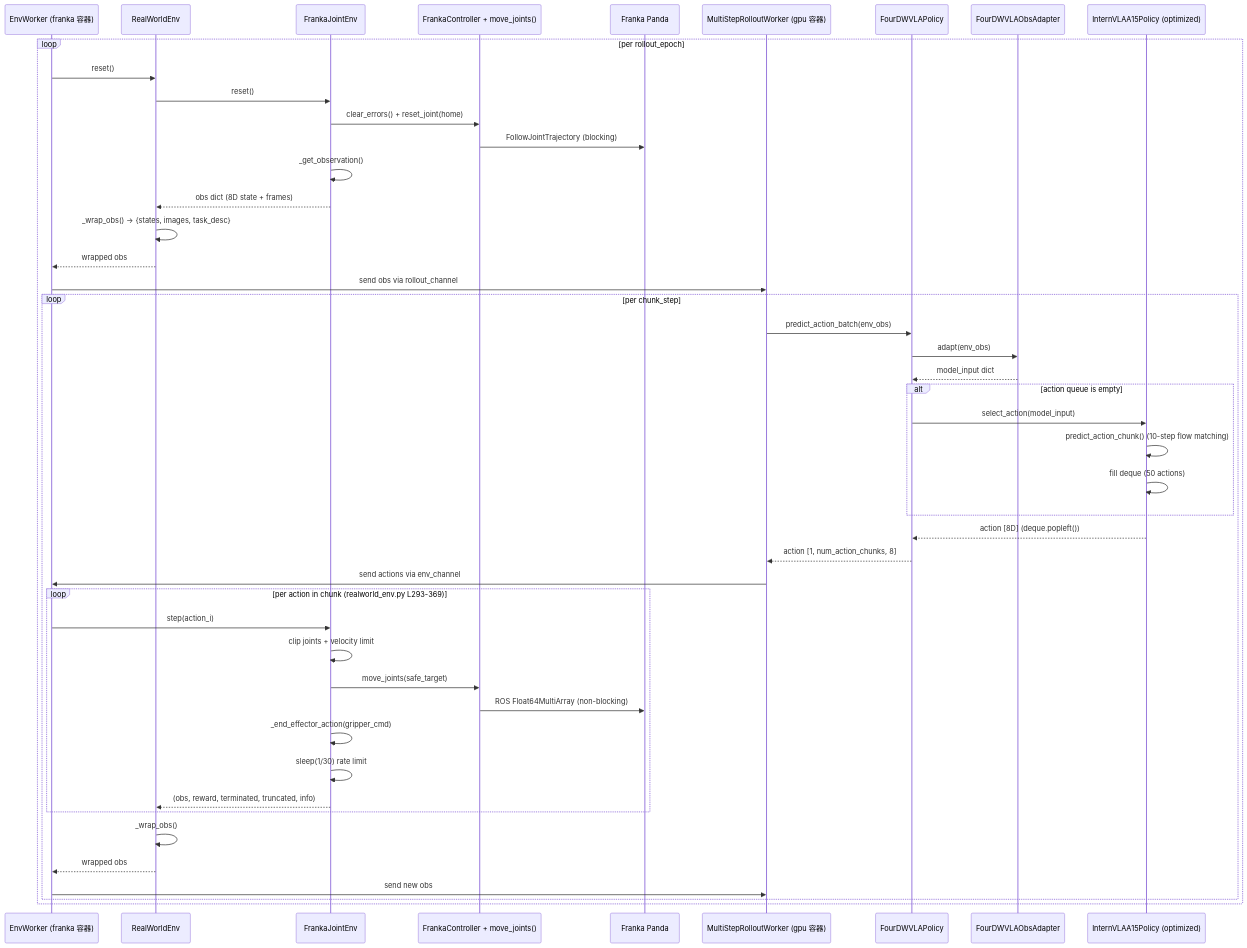
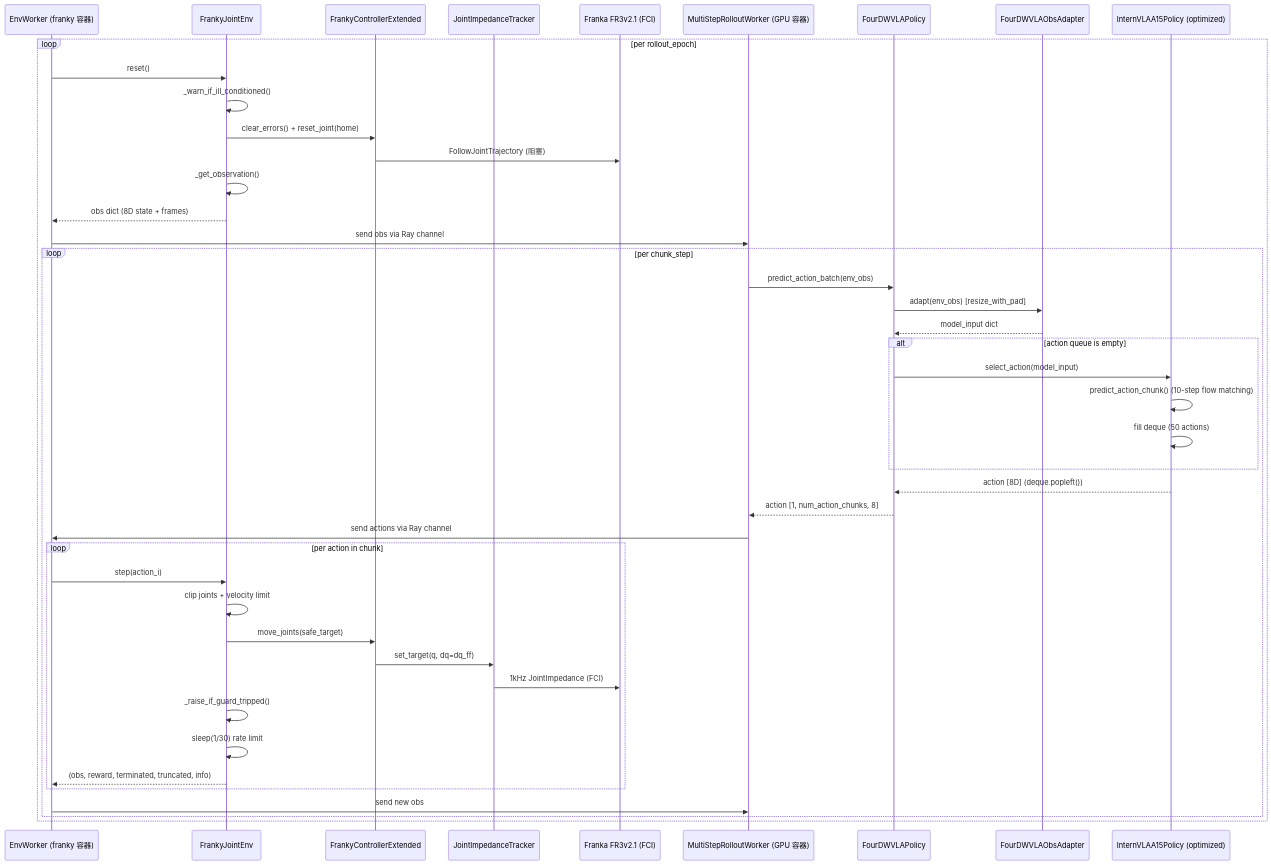
One commit to Avant-US/RLinf changed the eighth of 14 diagrams in b/d/frk1/4wvla_rlinf_eval_2.md. Above: the diagram before and after it, drawn with Mermaid. The commit also changed other lines of this file and 14 other files, not shown here.

````diff
--- a/b/d/frk1/4wvla_rlinf_eval_2.md
+++ b/b/d/frk1/4wvla_rlinf_eval_2.md
@@ -1397,55 +1495,51 @@
 ```mermaid
 sequenceDiagram
-    participant EnvW as EnvWorker (franka 容器)
-    participant RealW as RealWorldEnv
-    participant JointE as FrankaJointEnv
-    participant Ctrl as FrankaController + move_joints()
-    participant Robot as Franka Panda
-    participant RollW as MultiStepRolloutWorker (gpu 容器)
+    participant EnvW as EnvWorker (franky 容器)
+    participant JointE as FrankyJointEnv
+    participant Ctrl as FrankyControllerExtended
+    participant Tracker as JointImpedanceTracker
+    participant Robot as Franka FR3v2.1 (FCI)
+    participant RollW as MultiStepRolloutWorker (GPU 容器)
     participant Policy as FourDWVLAPolicy
     participant Adapter as FourDWVLAObsAdapter
     participant Model as InternVLAA15Policy (optimized)
 
     loop per rollout_epoch
-        EnvW->>RealW: reset()
-        RealW->>JointE: reset()
+        EnvW->>JointE: reset()
+        JointE->>JointE: _warn_if_ill_conditioned()
         JointE->>Ctrl: clear_errors() + reset_joint(home)
-        Ctrl->>Robot: FollowJointTrajectory (blocking)
+        Ctrl->>Robot: FollowJointTrajectory (阻塞)
         JointE->>JointE: _get_observation()
-        JointE-->>RealW: obs dict (8D state + frames)
-        RealW->>RealW: _wrap_obs() -> {states, images, task_desc}
-        RealW-->>EnvW: wrapped obs
-
-        EnvW->>RollW: send obs via rollout_channel
+        JointE-->>EnvW: obs dict (8D state + frames)
+        EnvW->>RollW: send obs via Ray channel
 
         loop per chunk_step
             RollW->>Policy: predict_action_batch(env_obs)
-            Policy->>Adapter: adapt(env_obs)
+            Policy->>Adapter: adapt(env_obs) [resize_with_pad]
             Adapter-->>Policy: model_input dict
 
             alt action queue is empty
                 Policy->>Model: select_action(model_input)
                 Model->>Model: predict_action_chunk() (10-step flow matching)
                 Model->>Model: fill deque (50 actions)
             end
             Model-->>Policy: action [8D] (deque.popleft())
 
             Policy-->>RollW: action [1, num_action_chunks, 8]
-            RollW->>EnvW: send actions via env_channel
+            RollW->>EnvW: send actions via Ray channel
 
-            loop per action in chunk (realworld_env.py L293-369)
+            loop per action in chunk
                 EnvW->>JointE: step(action_i)
                 JointE->>JointE: clip joints + velocity limit
                 JointE->>Ctrl: move_joints(safe_target)
-                Ctrl->>Robot: ROS Float64MultiArray (non-blocking)
-                JointE->>JointE: _end_effector_action(gripper_cmd)
+                Ctrl->>Tracker: set_target(q, dq=dq_ff)
+                Tracker->>Robot: 1kHz JointImpedance (FCI)
+                JointE->>JointE: _raise_if_guard_tripped()
                 JointE->>JointE: sleep(1/30) rate limit
-                JointE-->>RealW: (obs, reward, terminated, truncated, info)
+                JointE-->>EnvW: (obs, reward, terminated, truncated, info)
             end
 
-            RealW->>RealW: _wrap_obs()
-            RealW-->>EnvW: wrapped obs
             EnvW->>RollW: send new obs
         end
     end
 ```
````
